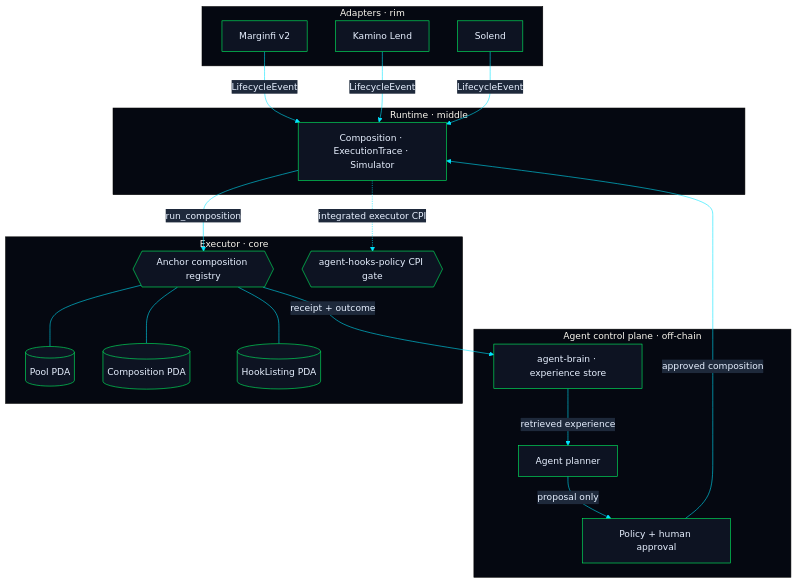
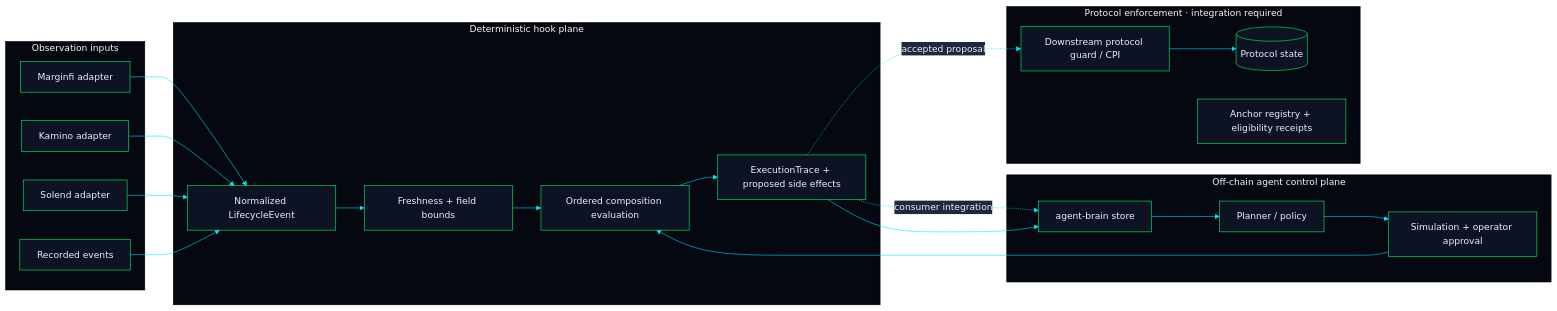
One commit to lewodro/agent-hooks changed the diagram in docs/architecture.md. Above: the diagram before and after it, drawn with Mermaid. The commit also changed other lines of this file and 2 other files, not shown here.

Commit message:
docs(architecture): document runtime and CPI boundaries

````diff
--- a/docs/architecture.md
+++ b/docs/architecture.md
@@ -5,42 +5,38 @@
 ```mermaid
 %%{init: { "theme": "base", "themeVariables": {
   "primaryColor": "#0D1322",
   "primaryTextColor": "#E7F0FF",
   "primaryBorderColor": "#00FF66",
   "lineColor": "#00E5FF",
   "secondaryColor": "#1E293B",
   "tertiaryColor": "#050811",
   "fontFamily": "Space Mono, monospace"
 }} }%%
-flowchart TB
-    subgraph rim [Adapters · rim]
-      A1[Marginfi v2]
-      A2[Kamino Lend]
-      A3[Solend]
-    end
-    subgraph middle [Runtime · middle]
-      RT[Composition · ExecutionTrace · Simulator]
-    end
-    subgraph core [Executor · core]
-      EX{{Anchor composition registry}}
-      GATE{{agent-hooks-policy CPI gate}}
-      PDA1[(Pool PDA)]
-      PDA2[(Composition PDA)]
-      PDA3[(HookListing PDA)]
-    end
-    subgraph control [Agent control plane · off-chain]
-      BRAIN[agent-brain · experience store]
-      AG[Agent planner]
-      POLICY[Policy + human approval]
-    end
-    A1 & A2 & A3 -- LifecycleEvent --> RT
-    RT -- run_composition --> EX
-    RT -. integrated executor CPI .-> GATE
-    EX --- PDA1
-    EX --- PDA2
-    EX --- PDA3
-    EX -- receipt + outcome --> BRAIN
-    BRAIN -- retrieved experience --> AG
-    AG -- proposal only --> POLICY
-    POLICY -- approved composition --> RT
+flowchart LR
+  subgraph inputs [Observation inputs]
+    M[Marginfi adapter]
+    K[Kamino adapter]
+    S[Solend adapter]
+    HIST[Recorded events]
+  end
+  subgraph deterministic [Deterministic hook plane]
+    N[Normalized LifecycleEvent]
+    V[Freshness + field bounds]
+    C[Ordered composition evaluation]
+    T[ExecutionTrace + proposed side effects]
+  end
+  subgraph enforcement [Protocol enforcement · integration required]
+    P[Downstream protocol guard / CPI]
+    STATE[(Protocol state)]
+    REG[Anchor registry + eligibility receipts]
+  end
+  subgraph learning [Off-chain agent control plane]
+    B[agent-brain store]
+    PL[Planner / policy]
+    REVIEW[Simulation + operator approval]
+  end
+  M & K & S & HIST --> N --> V --> C --> T
+  T -. accepted proposal .-> P --> STATE
+  T -. consumer integration .-> B
+  T --> B --> PL --> REVIEW --> C
 ```
````
